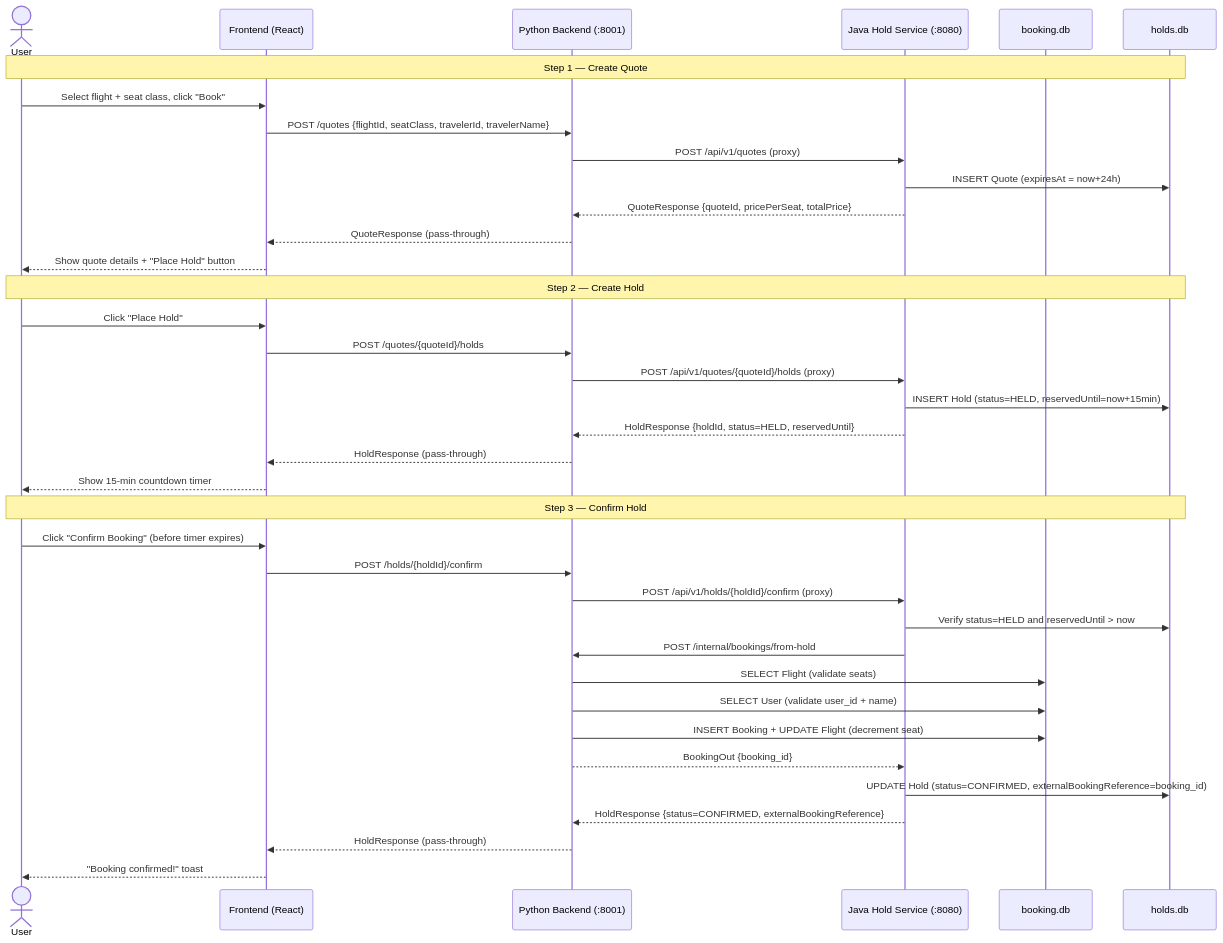
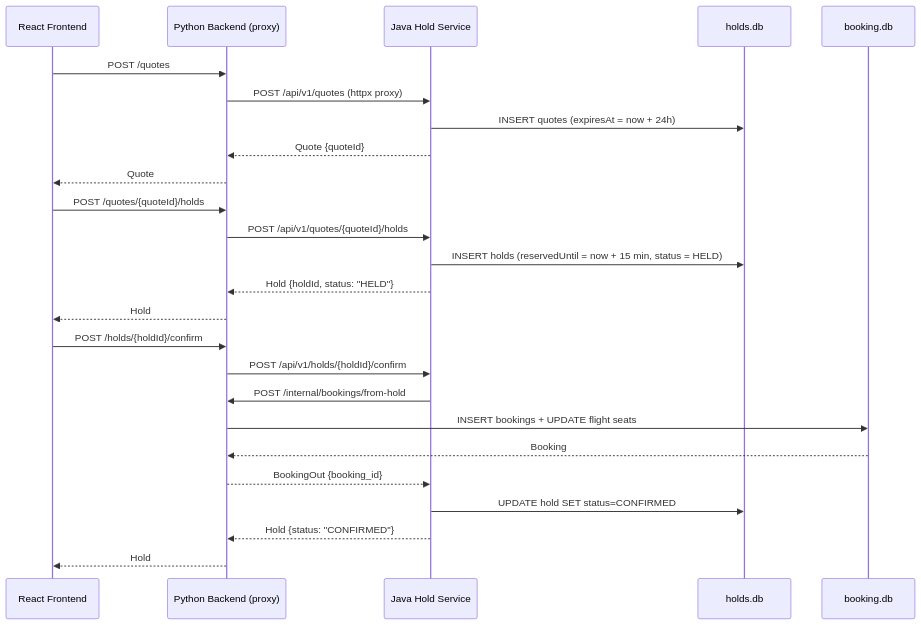
One commit to saravana-dev71/Onboarding-copilot changed the third of 3 diagrams in ONBOARDING.md. Above: the diagram before and after it, drawn with Mermaid. The commit also changed other lines of this file and 5 other files, not shown here.

````diff
--- a/ONBOARDING.md
+++ b/ONBOARDING.md
@@ -197,42 +172,30 @@
 ```mermaid
 sequenceDiagram
-    actor User
-    participant FE as Frontend (React)
-    participant PY as Python Backend (:8001)
-    participant JV as Java Hold Service (:8080)
-    participant BDB as booking.db
-    participant HDB as holds.db
+    participant FE as React Frontend
+    participant PY as Python Backend (proxy)
+    participant JAVA as Java Hold Service
+    participant DB_J as holds.db
+    participant DB_P as booking.db
 
-    Note over User,HDB: Step 1 — Create Quote
-    User->>FE: Select flight + seat class, click "Book"
-    FE->>PY: POST /quotes {flightId, seatClass, travelerId, travelerName}
-    PY->>JV: POST /api/v1/quotes (proxy)
-    JV->>HDB: INSERT Quote (expiresAt = now+24h)
-    JV-->>PY: QuoteResponse {quoteId, pricePerSeat, totalPrice}
-    PY-->>FE: QuoteResponse (pass-through)
-    FE-->>User: Show quote details + "Place Hold" button
+    FE->>PY: POST /quotes
+    PY->>JAVA: POST /api/v1/quotes (httpx proxy)
+    JAVA->>DB_J: INSERT quotes (expiresAt = now + 24h)
+    JAVA-->>PY: Quote {quoteId}
+    PY-->>FE: Quote
 
-    Note over User,HDB: Step 2 — Create Hold
-    User->>FE: Click "Place Hold"
     FE->>PY: POST /quotes/{quoteId}/holds
-    PY->>JV: POST /api/v1/quotes/{quoteId}/holds (proxy)
-    JV->>HDB: INSERT Hold (status=HELD, reservedUntil=now+15min)
-    JV-->>PY: HoldResponse {holdId, status=HELD, reservedUntil}
-    PY-->>FE: HoldResponse (pass-through)
-    FE-->>User: Show 15-min countdown timer
+    PY->>JAVA: POST /api/v1/quotes/{quoteId}/holds
+    JAVA->>DB_J: INSERT holds (reservedUntil = now + 15 min, status = HELD)
+    JAVA-->>PY: Hold {holdId, status: "HELD"}
+    PY-->>FE: Hold
 
-    Note over User,HDB: Step 3 — Confirm Hold
-    User->>FE: Click "Confirm Booking" (before timer expires)
     FE->>PY: POST /holds/{holdId}/confirm
-    PY->>JV: POST /api/v1/holds/{holdId}/confirm (proxy)
-    JV->>HDB: Verify status=HELD and reservedUntil > now
-    JV->>PY: POST /internal/bookings/from-hold
-    PY->>BDB: SELECT Flight (validate seats)
-    PY->>BDB: SELECT User (validate user_id + name)
-    PY->>BDB: INSERT Booking + UPDATE Flight (decrement seat)
-    PY-->>JV: BookingOut {booking_id}
-    JV->>HDB: UPDATE Hold (status=CONFIRMED, externalBookingReference=booking_id)
-    JV-->>PY: HoldResponse {status=CONFIRMED, externalBookingReference}
-    PY-->>FE: HoldResponse (pass-through)
-    FE-->>User: "Booking confirmed!" toast
+    PY->>JAVA: POST /api/v1/holds/{holdId}/confirm
+    JAVA->>PY: POST /internal/bookings/from-hold
+    PY->>DB_P: INSERT bookings + UPDATE flight seats
+    DB_P-->>PY: Booking
+    PY-->>JAVA: BookingOut {booking_id}
+    JAVA->>DB_J: UPDATE hold SET status=CONFIRMED
+    JAVA-->>PY: Hold {status: "CONFIRMED"}
+    PY-->>FE: Hold
 ```
````
